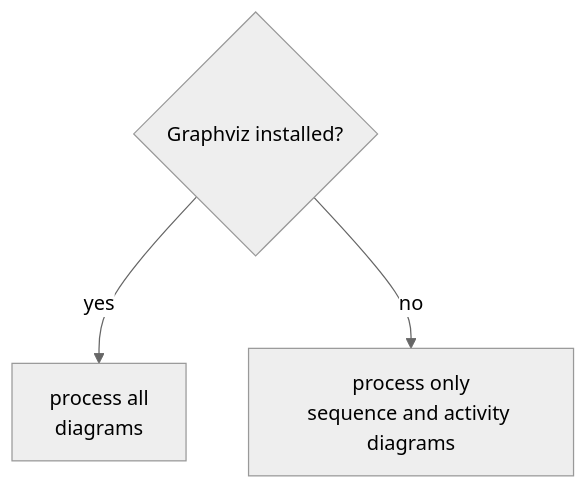
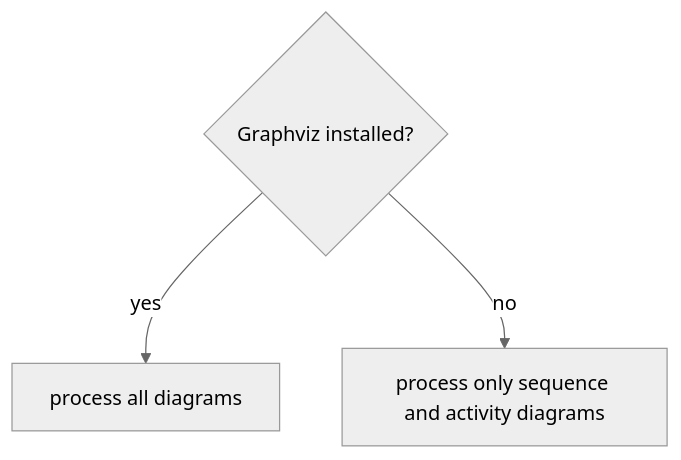
Before and after one commit to UPPMAX/programming_formalisms: the fifth of 7 diagrams in docs/introductions/spring2024/sdlc_tools.md, drawn with Mermaid (neutral theme). The commit also changed other lines of this file and 4 other files, not shown here.

````diff
--- a/docs/introductions/spring2024/sdlc_tools.md
+++ b/docs/introductions/spring2024/sdlc_tools.md
@@ -250,6 +250,6 @@
 ```mermaid
 flowchart TD
   is_installed{Graphviz installed?}
-  is_installed --> |yes| process_all[process all\ndiagrams]
-  is_installed --> |no| process_sub[process only\nsequence and activity diagrams]
+  is_installed --> |yes| process_all[process all diagrams]
+  is_installed --> |no| process_sub[process only sequence and activity diagrams]
 ```
````
